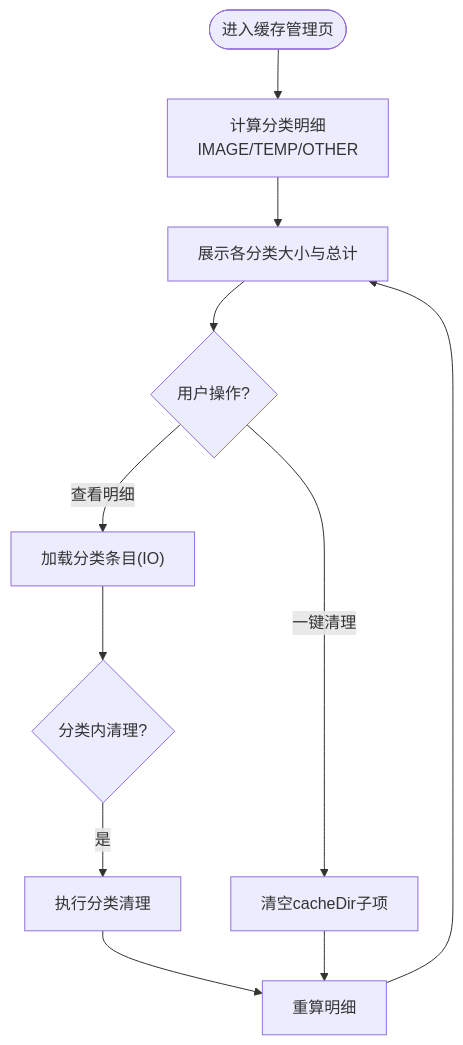
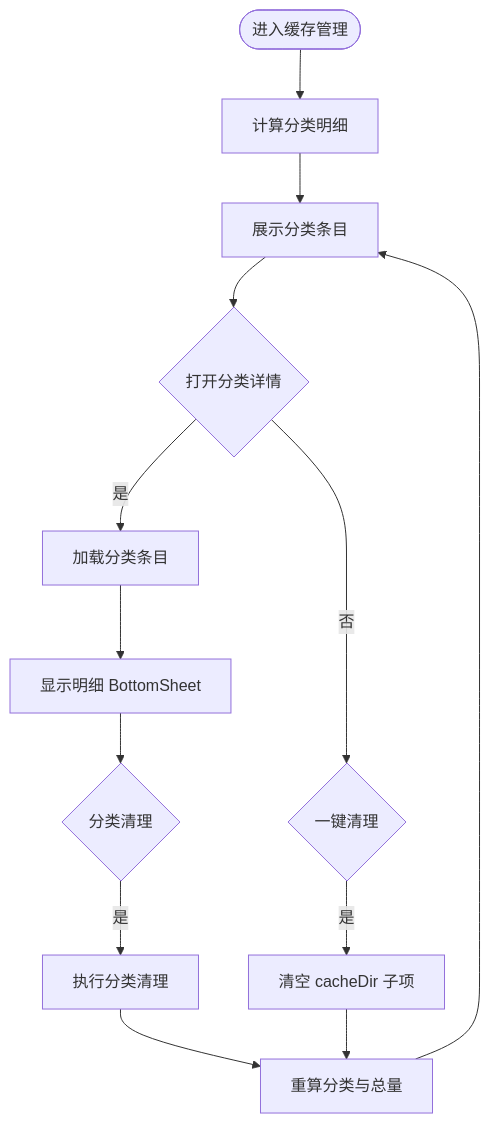
The fifth of 8 diagrams in .qoder/repowiki/zh/content/核心模块/个人中心模块 (module_me)/个人中心模块 (module_me).md (xrn1997/android-ebook), drawn with Mermaid before and after one commit. The commit also changed other lines of this file and 456 other files, not shown here.

````diff
--- a/.qoder/repowiki/zh/content/核心模块/个人中心模块 (module_me)/个人中心模块 (module_me).md
+++ b/.qoder/repowiki/zh/content/核心模块/个人中心模块 (module_me)/个人中心模块 (module_me).md
@@ -222,13 +268,15 @@
 ```mermaid
 flowchart TD
-  Enter(["进入缓存管理页"]) --> Compute["计算分类明细<br/>IMAGE/TEMP/OTHER"]
-  Compute --> Show["展示各分类大小与总计"]
-  Show --> UserAction{"用户操作?"}
-  UserAction -->|查看明细| Detail["加载分类条目(IO)"]
-  Detail --> ClearCat{"分类内清理?"}
-  ClearCat -->|是| DoClearCat["执行分类清理"]
-  DoClearCat --> Refresh["重算明细"]
-  UserAction -->|一键清理| DoClearAll["清空cacheDir子项"]
-  DoClearAll --> Refresh
-  Refresh --> Show
+    Enter(["进入缓存管理"]) --> LoadBreakdown["计算分类明细"]
+    LoadBreakdown --> ShowList["展示分类条目"]
+    ShowList --> OpenDetail{"打开分类详情"}
+    OpenDetail -->|是| LoadEntries["加载分类条目"]
+    LoadEntries --> DetailSheet["显示明细 BottomSheet"]
+    DetailSheet --> ClearCategory{"分类清理"}
+    ClearCategory -->|是| ClearImpl["执行分类清理"]
+    ClearImpl --> Refresh["重算分类与总量"]
+    Refresh --> ShowList
+    OpenDetail -->|否| ClearAll{"一键清理"}
+    ClearAll -->|是| ClearAllImpl["清空 cacheDir 子项"]
+    ClearAllImpl --> Refresh
 ```
````
